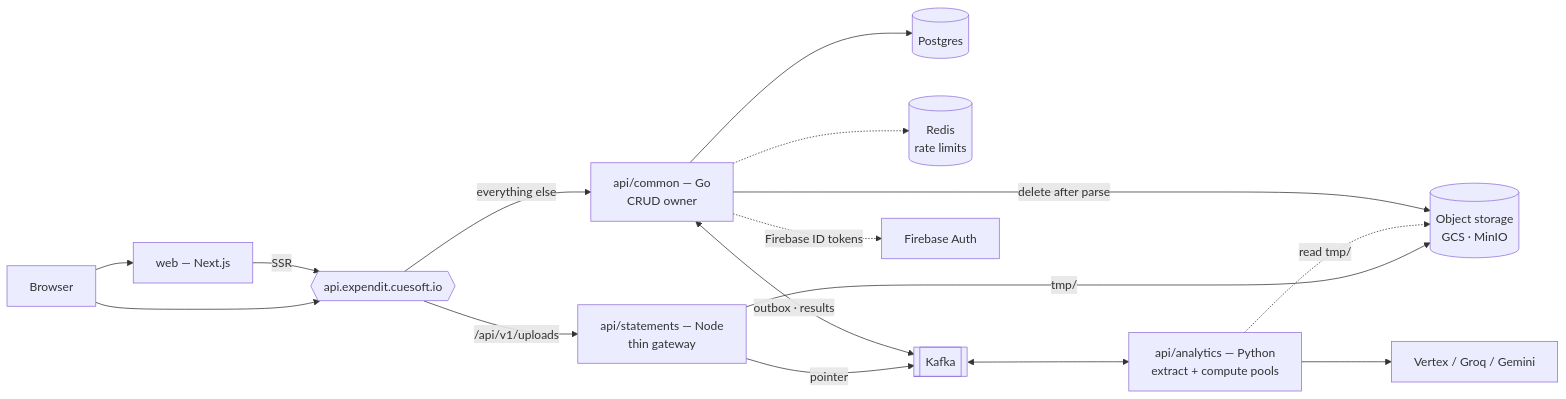
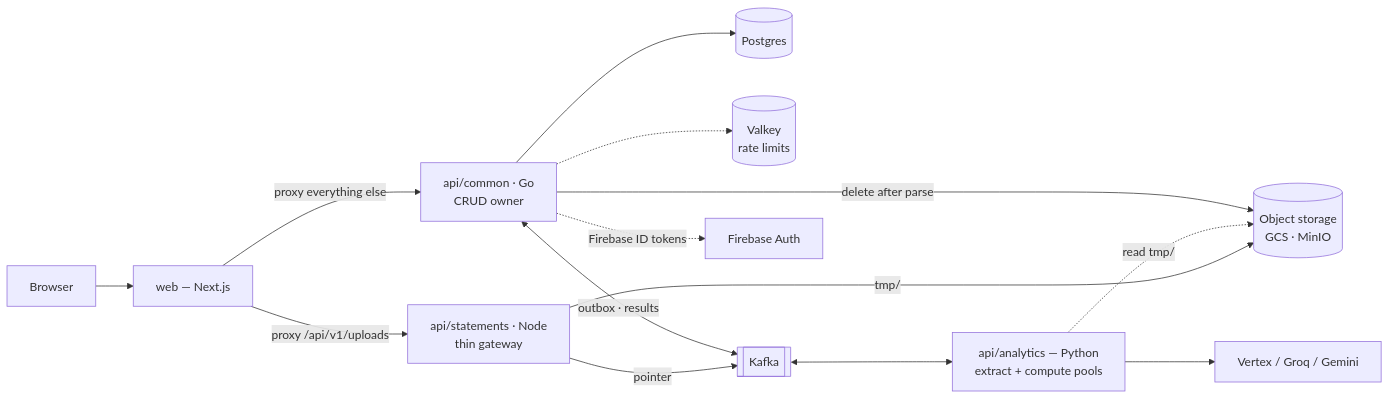
The first of 4 diagrams in docs/architecture.md (cuesoftinc/expendit), drawn with Mermaid before and after one commit. The commit also changed other lines of this file and 29 other files, not shown here.

````diff
--- a/docs/architecture.md
+++ b/docs/architecture.md
@@ -11,18 +11,16 @@
 ```mermaid
 flowchart LR
     BR[Browser] --> WEB[web — Next.js]
-    BR --> LB{{api.expendit.cuesoft.io}}
-    WEB -->|SSR| LB
-    LB -->|/api/v1/uploads| ST[api/statements — Node<br/>thin gateway]
-    LB -->|everything else| CM[api/common — Go<br/>CRUD owner]
+    WEB -->|proxy /api/v1/uploads| ST[api/statements · Node<br/>thin gateway]
+    WEB -->|proxy everything else| CM[api/common · Go<br/>CRUD owner]
     CM --> PG[(Postgres)]
-    CM -.-> R[(Redis<br/>rate limits)]
+    CM -.-> R[(Valkey<br/>rate limits)]
     ST -->|tmp/| OS[(Object storage<br/>GCS · MinIO)]
     AN -.->|read tmp/| OS
     CM -->|delete after parse| OS
     ST -->|pointer| K[[Kafka]]
     CM <-->|outbox · results| K
     K <--> AN[api/analytics — Python<br/>extract + compute pools]
     AN --> AI[Vertex / Groq / Gemini]
     CM -.->|Firebase ID tokens| FB[Firebase Auth]
 ```
````
